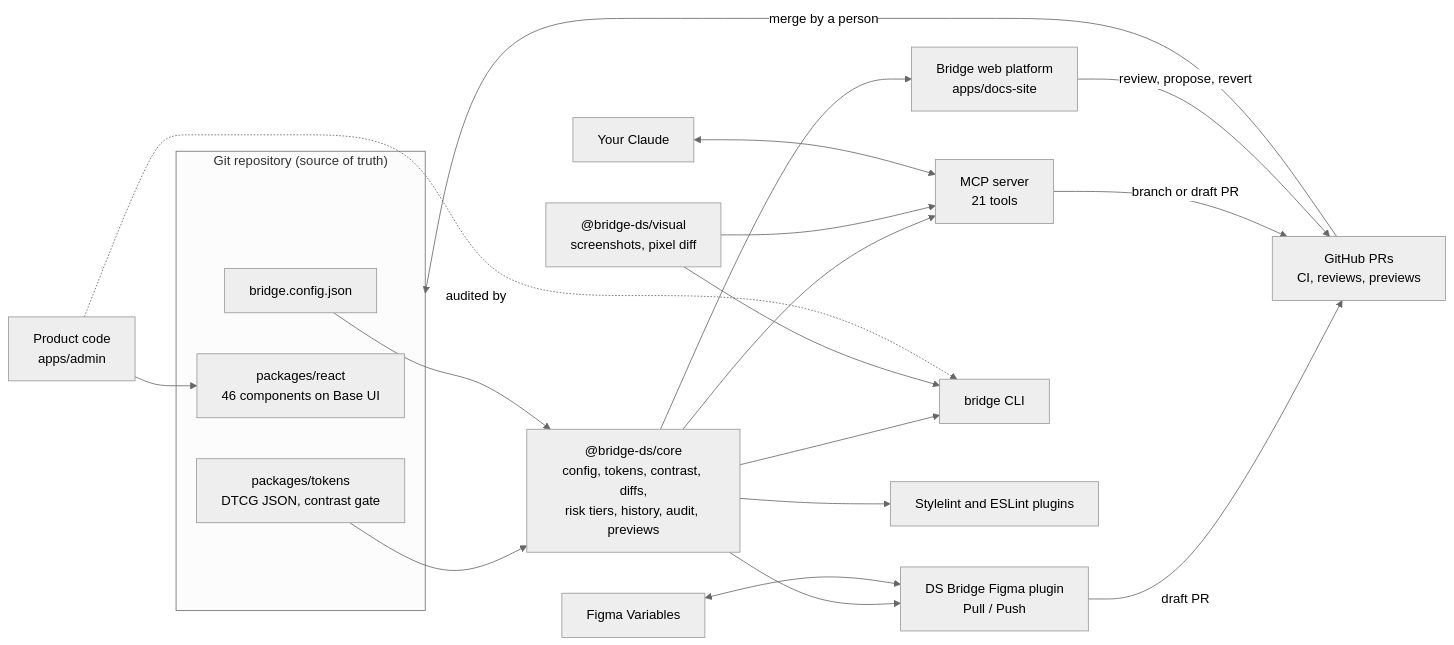
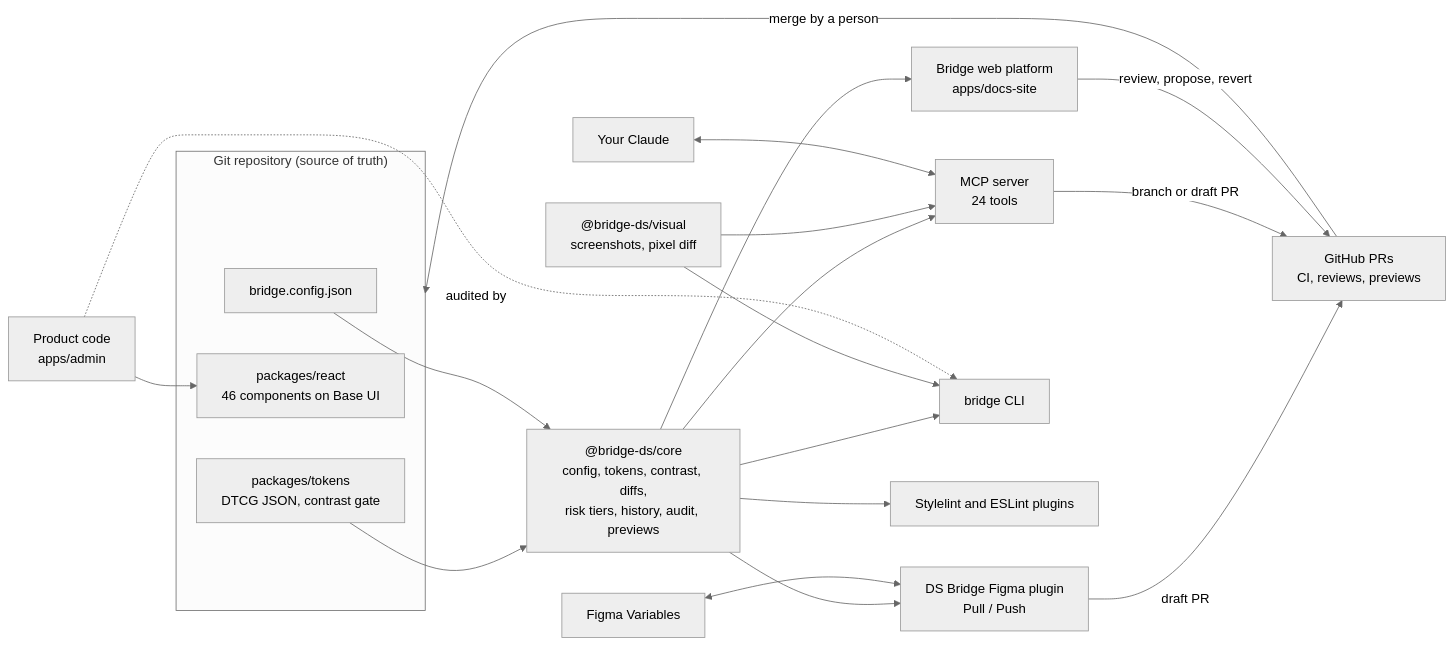
The diagram in README.md (peterbono/ai-design-system-demo), drawn with Mermaid (neutral theme) before and after one commit. The commit also changed other lines of this file and 10 other files, not shown here.

````diff
--- a/README.md
+++ b/README.md
@@ -108,31 +108,31 @@
 ```mermaid
 flowchart LR
   subgraph repo["Git repository (source of truth)"]
     tokens["packages/tokens<br/>DTCG JSON, contrast gate"]
     react["packages/react<br/>46 components on Base UI"]
     config["bridge.config.json"]
   end
 
   core["@bridge-ds/core<br/>config, tokens, contrast, diffs,<br/>risk tiers, history, audit, previews"]
 
   tokens --> core
   config --> core
 
   core --> docs["Bridge web platform<br/>apps/docs-site"]
   core --> plugin["DS Bridge Figma plugin<br/>Pull / Push"]
-  core --> mcp["MCP server<br/>21 tools"]
+  core --> mcp["MCP server<br/>24 tools"]
   core --> cli["bridge CLI"]
   core --> lint["Stylelint and ESLint plugins"]
   visual["@bridge-ds/visual<br/>screenshots, pixel diff"] --> cli
   visual --> mcp
 
   claude["Your Claude"] <--> mcp
   figma["Figma Variables"] <--> plugin
   product["Product code<br/>apps/admin"] --> react
   product -. audited by .-> cli
 
   plugin -- draft PR --> gh["GitHub PRs<br/>CI, reviews, previews"]
   mcp -- branch or draft PR --> gh
   docs -- review, propose, revert --> gh
   gh -- merge by a person --> repo
 ```
````
